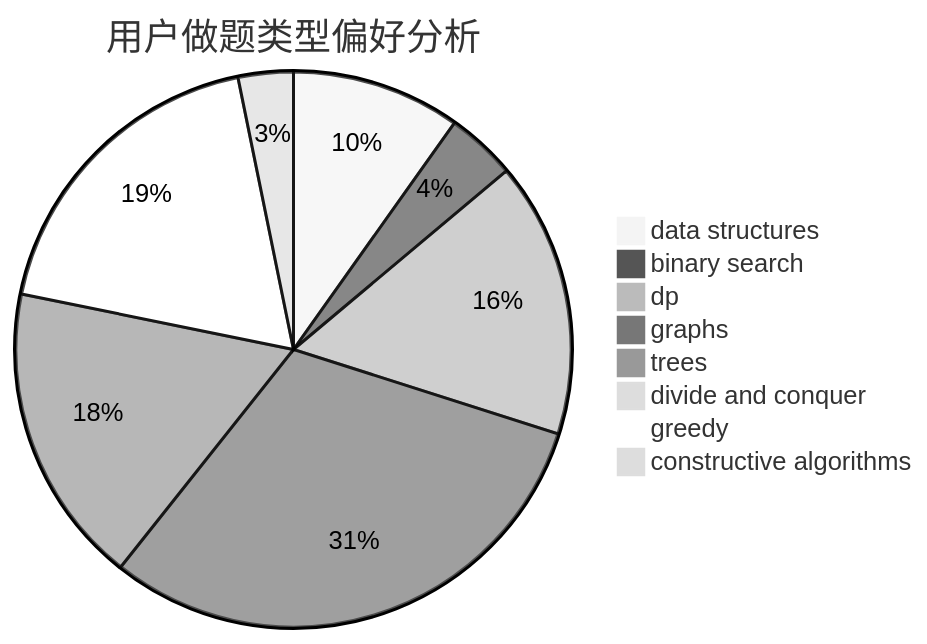
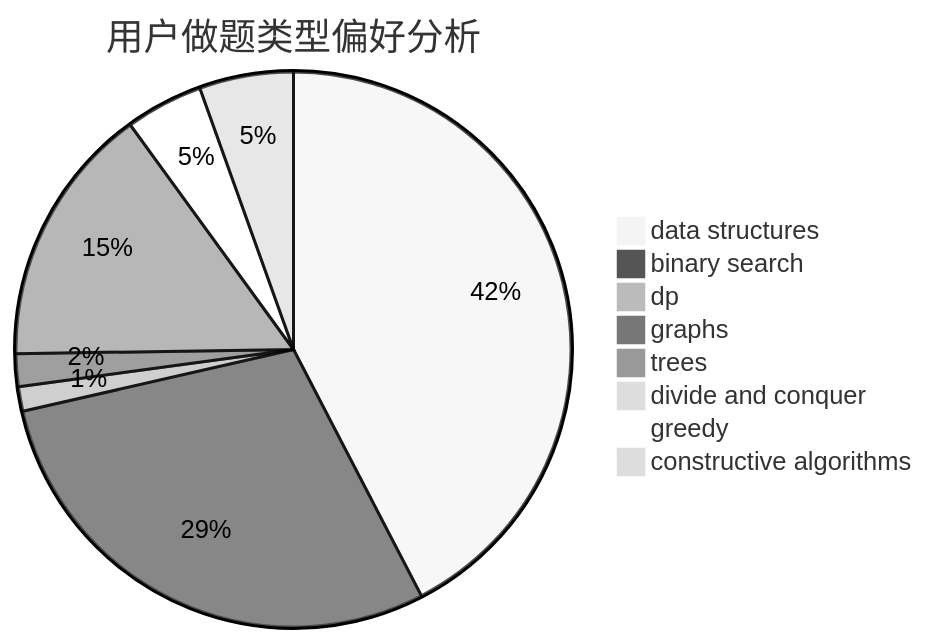
The second of 3 diagrams in docs/user/u968.md (sherpahu/cfrs.github.io), drawn with Mermaid (neutral theme) before and after one commit. The commit also changed other lines of this file and 2770 other files, not shown here.

````diff
--- a/docs/user/u968.md
+++ b/docs/user/u968.md
@@ -23,11 +23,11 @@
 ```mermaid
 pie title 用户做题类型偏好分析
-    "data structures" :  46
-    "binary search" :  19
-    "dp" :  75
-    "graphs" :  144
-    "trees" :  82
+    "data structures" :  178
+    "binary search" :  122
+    "dp" :  6
+    "graphs" :  8
+    "trees" :  64
     "divide and conquer" :  0
-    "greedy" :  87
-    "constructive algorithms" :  15
+    "greedy" :  19
+    "constructive algorithms" :  23
 ```
````
